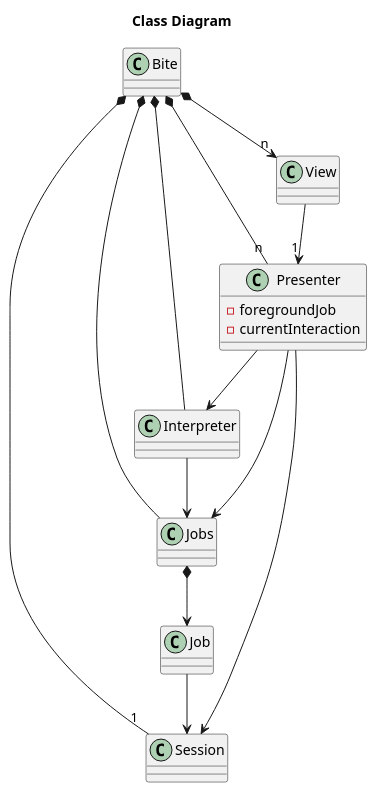
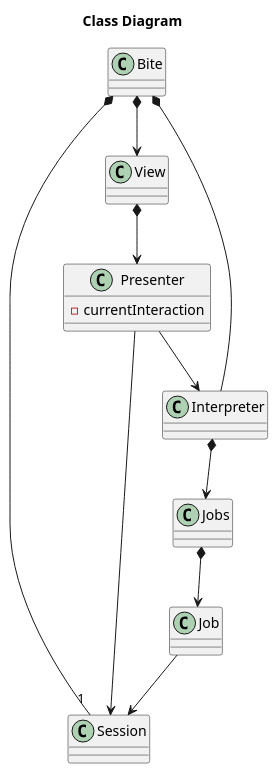
One commit to LarsEKrueger/bite changed the first of 7 diagrams in doc/architecture.pu. Above: the diagram before and after it, drawn with PlantUML. The commit also changed other lines of this file and 10 other files, not shown here.

Commit message:
feat: Wait for foreground jobs to complete

```diff
--- a/doc/architecture.pu
+++ b/doc/architecture.pu
@@ -1,32 +1,27 @@
 @startuml
 
 title Class Diagram
 
 class Bite
 class View
 class Session
 class Jobs
 class Presenter {
-  - foregroundJob
   - currentInteraction
 }
 class Interpreter
 
-Bite *--> "n" View
+Bite *--> View
 Bite *-- Interpreter
-Bite *-- Jobs
 Bite *-- "1" Session
-Bite *-- "n" Presenter
 
-View --> "1" Presenter
+View *--> Presenter
 Presenter --> Session
 Presenter --> Interpreter
 
-Presenter ---> Jobs
-
-Interpreter --> Jobs
+Interpreter *--> Jobs
 
 Jobs *--> Job
 Job --> Session
 
 @enduml
```
